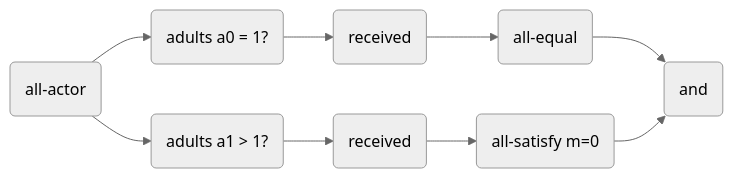
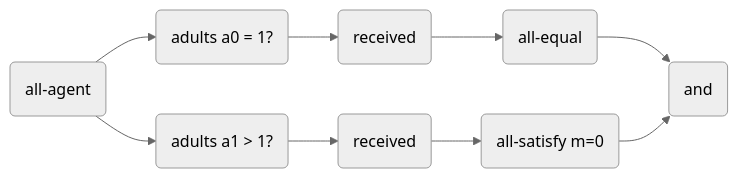
One commit to julianmendez/tiles changed the fourth of 4 diagrams in docs/ccs_example.md. Above: the diagram before and after it, drawn with Mermaid (neutral theme). The commit also changed other lines of this file and 62 other files, not shown here.

````diff
--- a/docs/ccs_example.md
+++ b/docs/ccs_example.md
@@ -136,11 +136,11 @@
 ```mermaid
 graph LR
-  all-actor(all-actor) --> adults-1
-  all-actor --> adults-2
+  all-agent(all-agent) --> adults-1
+  all-agent --> adults-2
   adults-1(adults a0 = 1?) --> received-1
   adults-2(adults a1 > 1?) --> received-0
   received-1(received) --> all-equal
   received-0(received) --> all-satisfy-0
   all-equal(all-equal) --> and(and)
   all-satisfy-0(all-satisfy m=0) --> and
 ```
````
